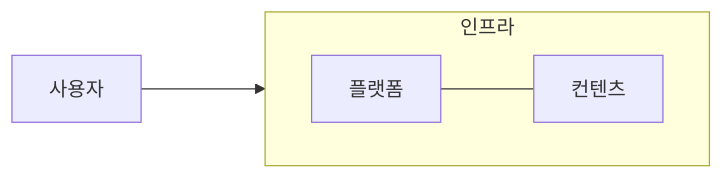
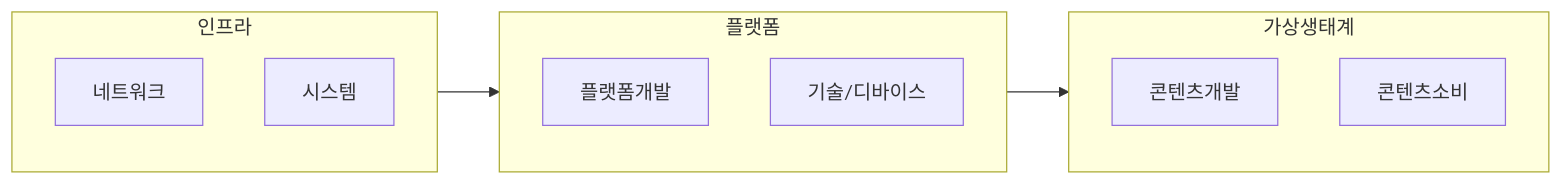
The diagram in blog/pe/conv/metaverse.md (gracefullight/gracefullight.github.io), drawn with Mermaid before and after one commit.

Commit message:
docs(pe): 📚️ meta

````diff
--- a/blog/pe/conv/metaverse.md
+++ b/blog/pe/conv/metaverse.md
@@ -19,11 +19,19 @@
 ```mermaid
 graph LR
-  U[사용자]
-
   subgraph 인프라
-    direction LR
-    플랫폼 --- 컨텐츠
+    네트워크
+    시스템
   end
 
-  U ---> 인프라
+  subgraph 플랫폼
+    플랫폼개발
+    기술/디바이스
+  end
+
+  subgraph 가상생태계
+    콘텐츠개발
+    콘텐츠소비
+  end
+
+  인프라 --> 플랫폼 --> 가상생태계
 ```
````
